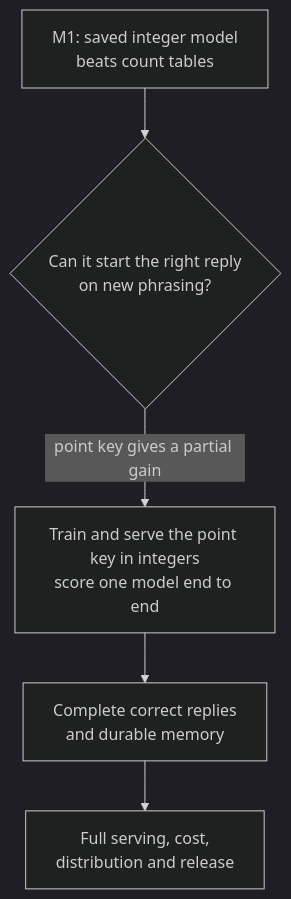
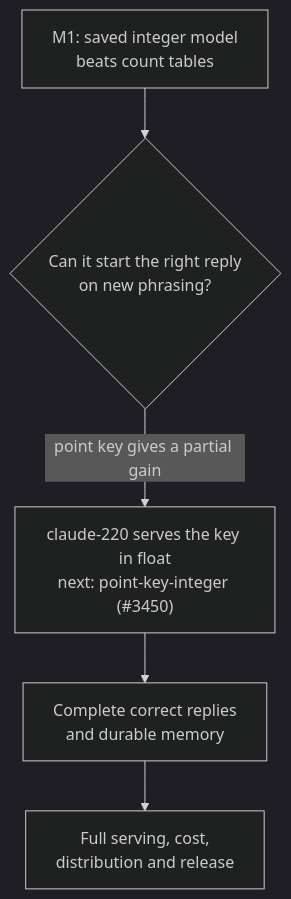
One commit to UOR-Foundation/uor-r4 changed the diagram in docs/research/open-questions.md. Above: the diagram before and after it, drawn with Mermaid (dark theme). The commit also changed other lines of this file and 29 other files, not shown here.

Commit message:
[kimi] Reconcile remaining roadmap and mechanism status

````diff
--- a/docs/research/open-questions.md
+++ b/docs/research/open-questions.md
@@ -8,7 +8,7 @@
 ```mermaid
 flowchart TD
   A["M1: saved integer model<br/>beats count tables"] --> B{"Can it start the right reply<br/>on new phrasing?"}
-  B -- "point key gives a partial gain" --> M["Train and serve the point key in integers<br/>score one model end to end"]
+  B -- "point key gives a partial gain" --> M["claude-220 serves the key in float<br/>next: point-key-integer (#3450)"]
   M --> R["Complete correct replies<br/>and durable memory"]
   R --> S["Full serving, cost,<br/>distribution and release"]
 ```
````
